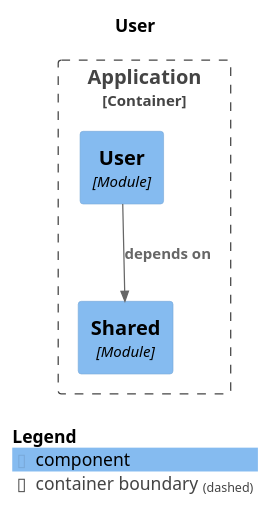
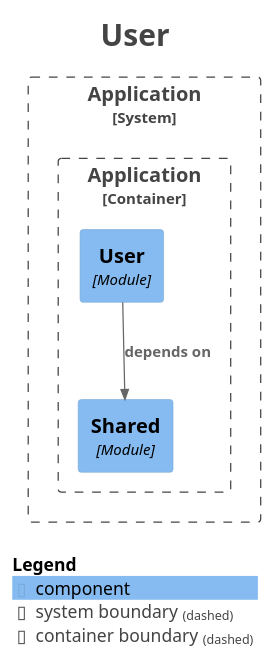
Before and after one commit to kanghouchao/Kizuna: the diagram in backend/docs/modulith/module-user.puml, drawn with PlantUML. The commit also changed 19 other files, not shown here.

```diff
--- a/backend/docs/modulith/module-user.puml
+++ b/backend/docs/modulith/module-user.puml
@@ -1,19 +1,30 @@
 @startuml
+title <size:24>User</size>
+
 set separator none
-title User
+top to bottom direction
 
-top to bottom direction
+<style>
+  root {
+    BackgroundColor: #ffffff
+    FontColor: #444444
+  }
+</style>
 
 !include <C4/C4>
 !include <C4/C4_Context>
 !include <C4/C4_Component>
 
-Container_Boundary("Application.Application_boundary", "Application", $tags="") {
-  Component(Application.Application.Shared, "Shared", $techn="Module", $descr="", $tags="", $link="")
-  Component(Application.Application.User, "User", $techn="Module", $descr="", $tags="", $link="")
+System_Boundary("Application_boundary", "Application", $tags="") {
+  Container_Boundary("Application.Application_boundary", "Application", $tags="") {
+    Component(Application.Application.Shared, "Shared", $techn="Module", $descr="", $tags="", $link="")
+    Component(Application.Application.User, "User", $techn="Module", $descr="", $tags="", $link="")
+  }
+
 }
 
 Rel(Application.Application.User, Application.Application.Shared, "depends on", $techn="", $tags="", $link="")
 
 SHOW_LEGEND(true)
+hide stereotypes
 @enduml
```
